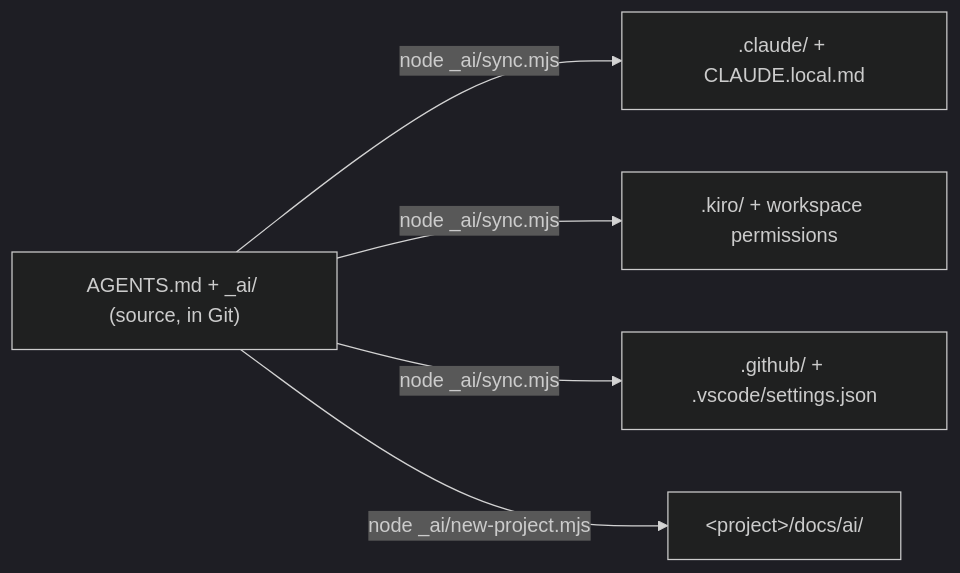
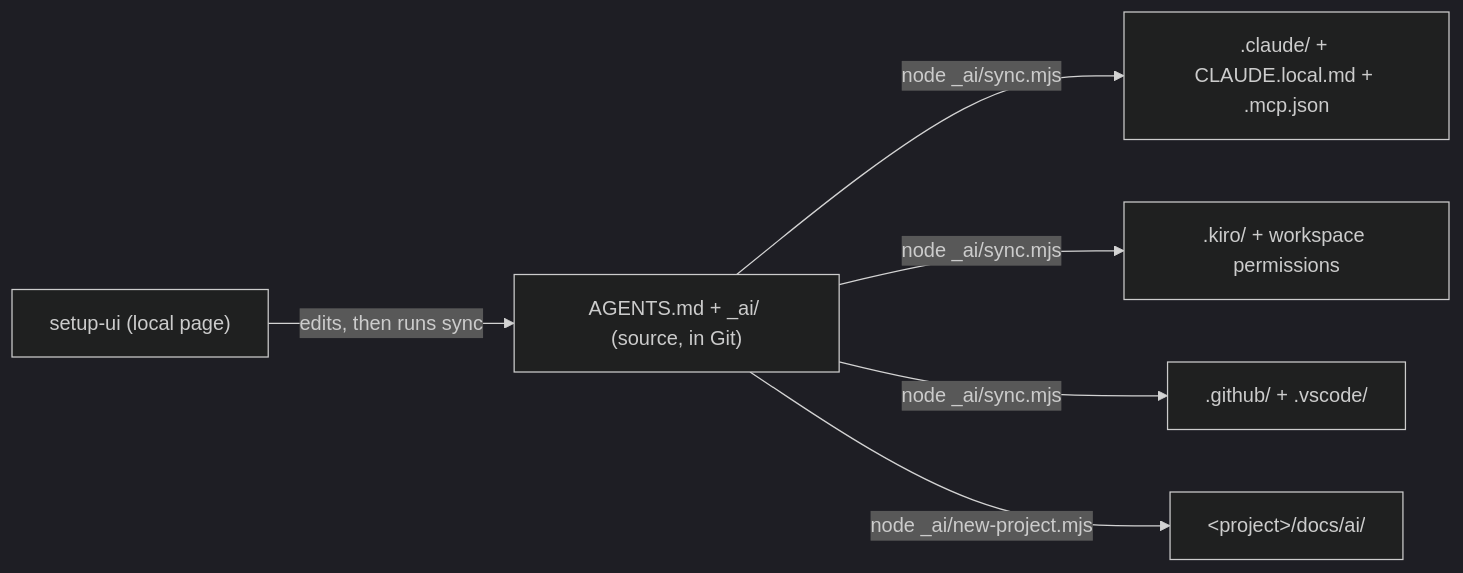
The diagram in README.md (GociuRadu/AI-Setup), drawn with Mermaid (dark theme) before and after one commit. The commit also changed other lines of this file and 66 other files, not shown here.

First line of the commit message:
Add setup page, per-tool switches and MCP servers; restructure README

````diff
--- a/README.md
+++ b/README.md
@@ -5,7 +5,8 @@
 ```mermaid
 flowchart LR
-  S["AGENTS.md + _ai/ (source, in Git)"] -->|node _ai/sync.mjs| C[".claude/ + CLAUDE.local.md"]
+  S["AGENTS.md + _ai/ (source, in Git)"] -->|node _ai/sync.mjs| C[".claude/ + CLAUDE.local.md + .mcp.json"]
   S -->|node _ai/sync.mjs| K[".kiro/ + workspace permissions"]
-  S -->|node _ai/sync.mjs| G[".github/ + .vscode/settings.json"]
+  S -->|node _ai/sync.mjs| G[".github/ + .vscode/"]
   S -->|node _ai/new-project.mjs| P["&lt;project&gt;/docs/ai/"]
+  U["setup-ui (local page)"] -->|edits, then runs sync| S
 ```
````
